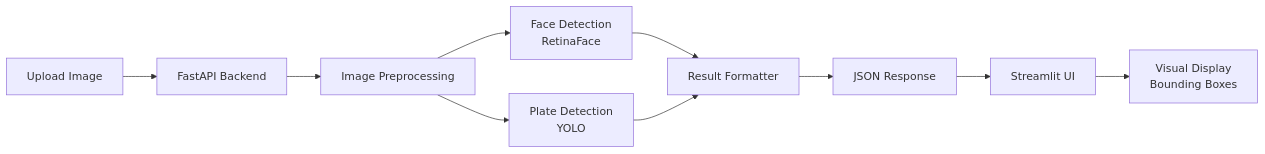
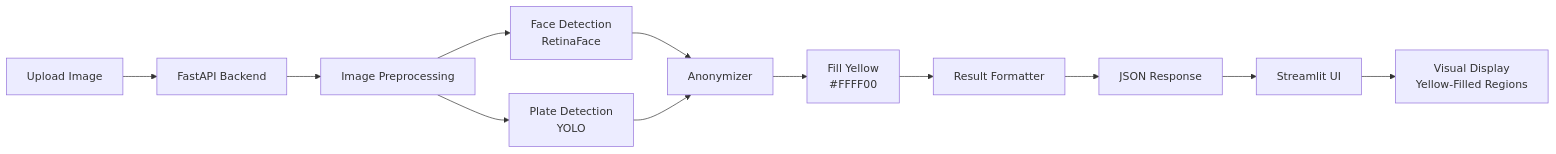
One commit to FidFenix/htw-emerging-photo changed the first of 2 diagrams in docs/VALUE_PROPOSITION.md. Above: the diagram before and after it, drawn with Mermaid. The commit also changed other lines of this file and 4 other files, not shown here.

````diff
--- a/docs/VALUE_PROPOSITION.md
+++ b/docs/VALUE_PROPOSITION.md
@@ -73,12 +74,14 @@
 ```mermaid
 flowchart LR
     A[Upload Image] --> B[FastAPI Backend]
     B --> C[Image Preprocessing]
     C --> D[Face Detection<br/>RetinaFace]
     C --> E[Plate Detection<br/>YOLO]
-    D --> F[Result Formatter]
+    D --> F[Anonymizer]
     E --> F
-    F --> G[JSON Response]
-    G --> H[Streamlit UI]
-    H --> I[Visual Display<br/>Bounding Boxes]
+    F --> G[Fill Yellow<br/>#FFFF00]
+    G --> H[Result Formatter]
+    H --> I[JSON Response]
+    I --> J[Streamlit UI]
+    J --> K[Visual Display<br/>Yellow-Filled Regions]
 ```
````
